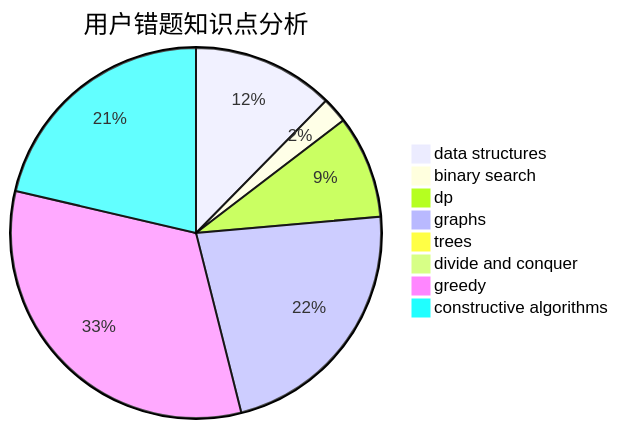
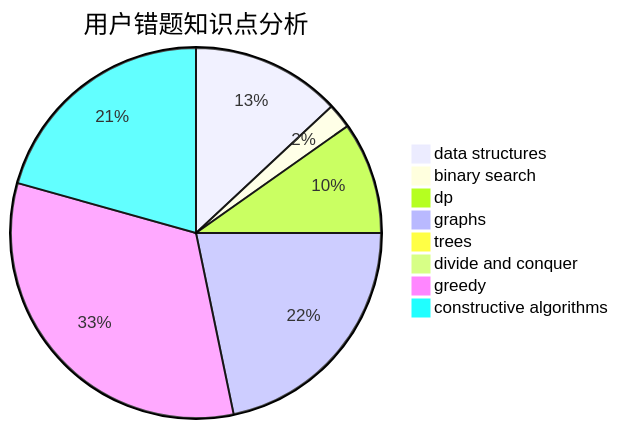
Before and after one commit to sherpahu/cfrs.github.io: the third of 3 diagrams in docs/user/u2347.md, drawn with Mermaid. The commit also changed other lines of this file and 2770 other files, not shown here.

````diff
--- a/docs/user/u2347.md
+++ b/docs/user/u2347.md
@@ -36,11 +36,11 @@
 ```mermaid
 pie title 用户错题知识点分析
-    "data structures" :  11
+    "data structures" :  12
     "binary search" :  2
-    "dp" :  8
+    "dp" :  9
     "graphs" :  20
     "trees" :  0
     "divide and conquer" :  0
-    "greedy" :  29
+    "greedy" :  30
     "constructive algorithms" :  19
 ```
````
